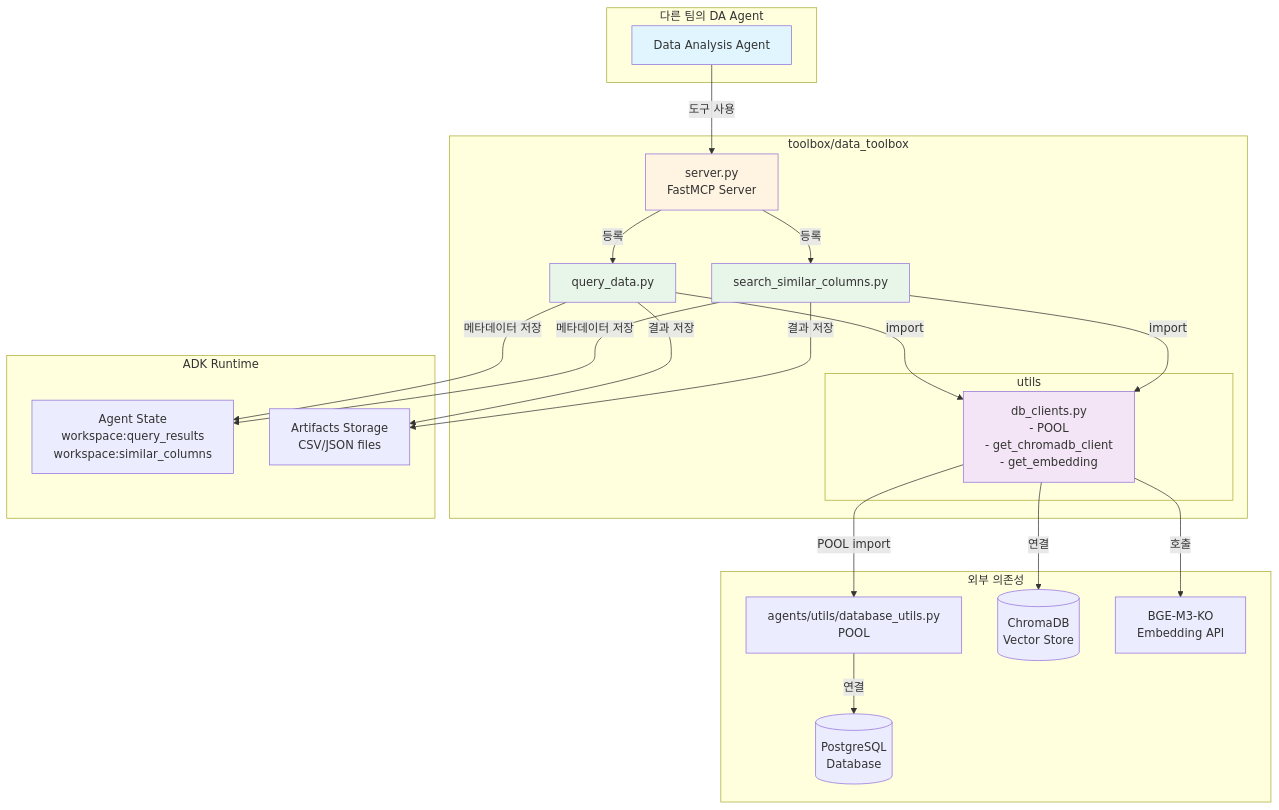
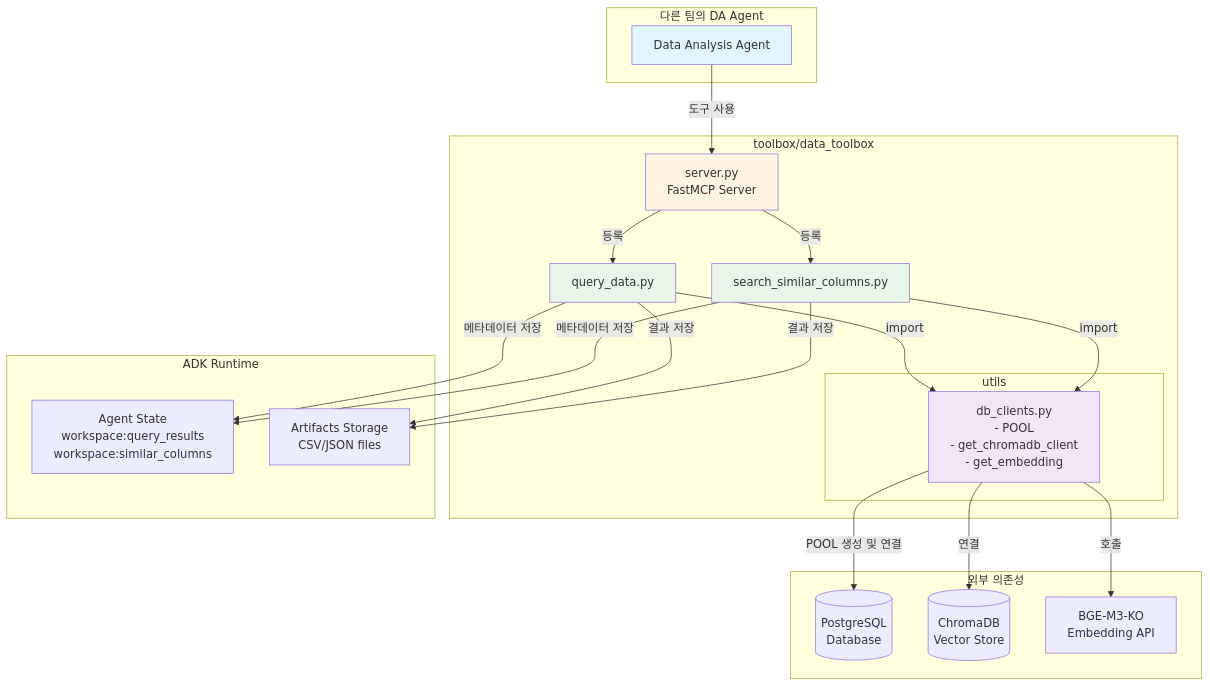
Before and after one commit to beyonwr/agent-adk-data-search: the first of 6 diagrams in data_toolbox_archi.md, drawn with Mermaid. The commit also changed other lines of this file and 2 other files, not shown here.

First line of the commit message:
data_toolbox가 독립적으로 PostgreSQL POOL 관리하도록 수정

````diff
--- a/data_toolbox_archi.md
+++ b/data_toolbox_archi.md
@@ -5,52 +5,49 @@
 ```mermaid
 graph TB
     subgraph "다른 팀의 DA Agent"
         Agent[Data Analysis Agent]
     end
 
     subgraph "toolbox/data_toolbox"
         Server[server.py<br/>FastMCP Server]
         QueryTool[query_data.py]
         SearchTool[search_similar_columns.py]
 
         subgraph "utils"
             DBClients[db_clients.py<br/>- POOL<br/>- get_chromadb_client<br/>- get_embedding]
         end
     end
 
     subgraph "외부 의존성"
-        POOL_SRC[agents/utils/database_utils.py<br/>POOL]
         PostgreSQL[(PostgreSQL<br/>Database)]
         ChromaDB[(ChromaDB<br/>Vector Store)]
         BGE[BGE-M3-KO<br/>Embedding API]
     end
 
     subgraph "ADK Runtime"
         State[Agent State<br/>workspace:query_results<br/>workspace:similar_columns]
         Artifacts[Artifacts Storage<br/>CSV/JSON files]
     end
 
     Agent -->|도구 사용| Server
     Server -->|등록| QueryTool
     Server -->|등록| SearchTool
 
     QueryTool -->|import| DBClients
     SearchTool -->|import| DBClients
 
-    DBClients -->|POOL import| POOL_SRC
-    POOL_SRC -->|연결| PostgreSQL
-
+    DBClients -->|POOL 생성 및 연결| PostgreSQL
     DBClients -->|연결| ChromaDB
     DBClients -->|호출| BGE
 
     QueryTool -->|결과 저장| Artifacts
     QueryTool -->|메타데이터 저장| State
     SearchTool -->|결과 저장| Artifacts
     SearchTool -->|메타데이터 저장| State
 
     style Agent fill:#e1f5ff
     style Server fill:#fff4e1
     style QueryTool fill:#e8f5e9
     style SearchTool fill:#e8f5e9
     style DBClients fill:#f3e5f5
 ```
````
